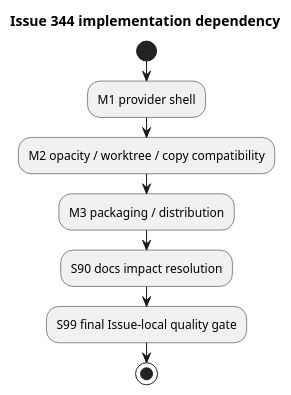
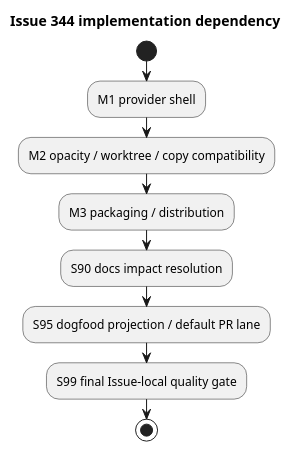
The diagram in spec-dock/initiatives/init-local-00002-prototype-feature-expansion/epics/epic-00343-workbench-shell-and-explicit-file-artifact-import/issues/iss-00344-workbench-shell-scaffolding/plan.md (chemitaro/spec-dock), drawn with PlantUML before and after one commit. The commit also changed other lines of this file and 6 other files, not shown here.

````diff
--- a/spec-dock/initiatives/init-local-00002-prototype-feature-expansion/epics/epic-00343-workbench-shell-and-explicit-file-artifact-import/issues/iss-00344-workbench-shell-scaffolding/plan.md
+++ b/spec-dock/initiatives/init-local-00002-prototype-feature-expansion/epics/epic-00343-workbench-shell-and-explicit-file-artifact-import/issues/iss-00344-workbench-shell-scaffolding/plan.md
@@ -182,12 +189,13 @@
 ```plantuml
 @startuml
 title Issue 344 implementation dependency
 start
 :M1 provider shell;
 :M2 opacity / worktree / copy compatibility;
 :M3 packaging / distribution;
 :S90 docs impact resolution;
+:S95 dogfood projection / default PR lane;
 :S99 final Issue-local quality gate;
 stop
 @enduml
 ```
````
